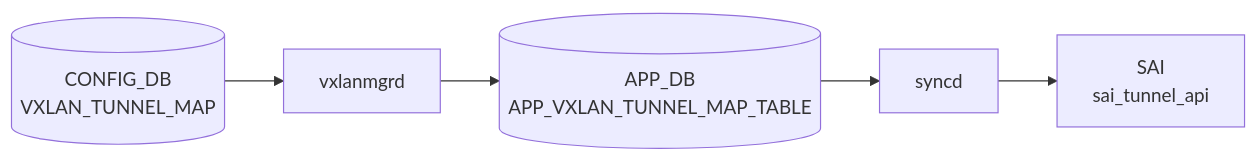
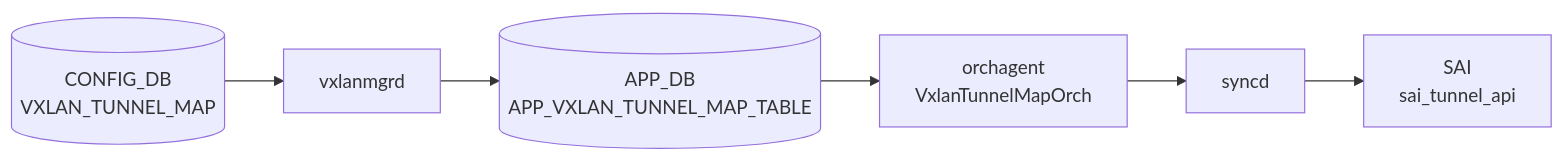
The diagram in docs/reference/config-db/vxlan-tunnel-map.md (aoki-taquan/sonic-unofficial-docs), drawn with Mermaid before and after one commit. The commit also changed 18 other files, not shown here.

````diff
--- a/docs/reference/config-db/vxlan-tunnel-map.md
+++ b/docs/reference/config-db/vxlan-tunnel-map.md
@@ -32,12 +32,14 @@
 ```mermaid
 flowchart LR
   CDB[("CONFIG_DB<br/>VXLAN_TUNNEL_MAP")]
   DM["vxlanmgrd"]
   CDB --> DM
   APPDB[("APP_DB<br/>APP_VXLAN_TUNNEL_MAP_TABLE")]
   DM --> APPDB
+  ORCH["orchagent<br/>VxlanTunnelMapOrch"]
+  APPDB --> ORCH
   SYNCD["syncd"]
-  APPDB --> SYNCD
+  ORCH --> SYNCD
   SAI["SAI<br/>sai_tunnel_api"]
   SYNCD --> SAI
 ```
````
